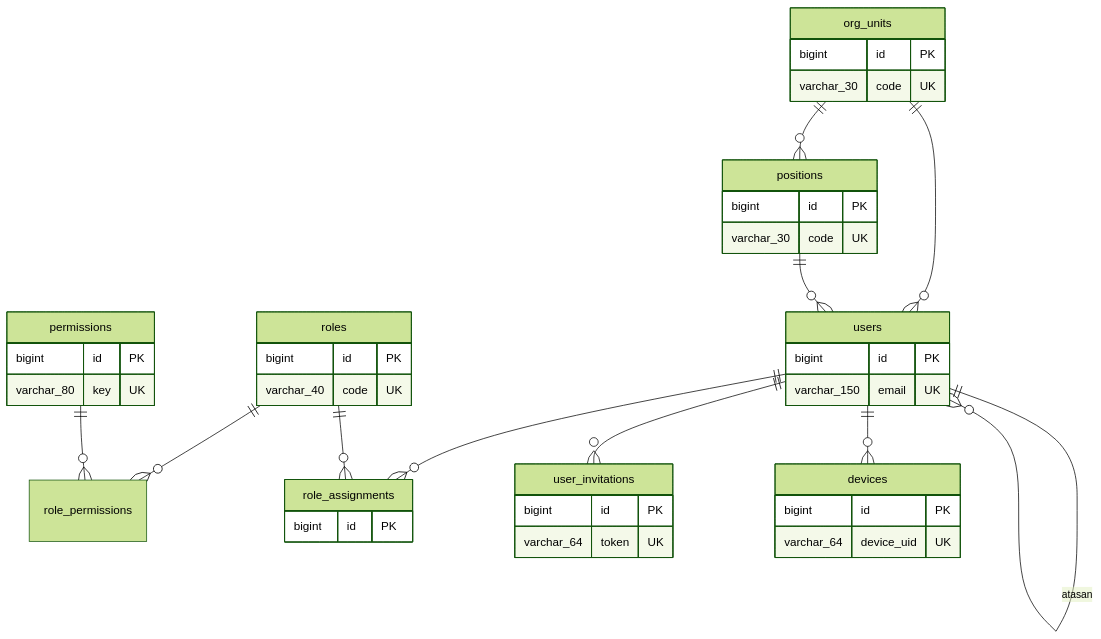
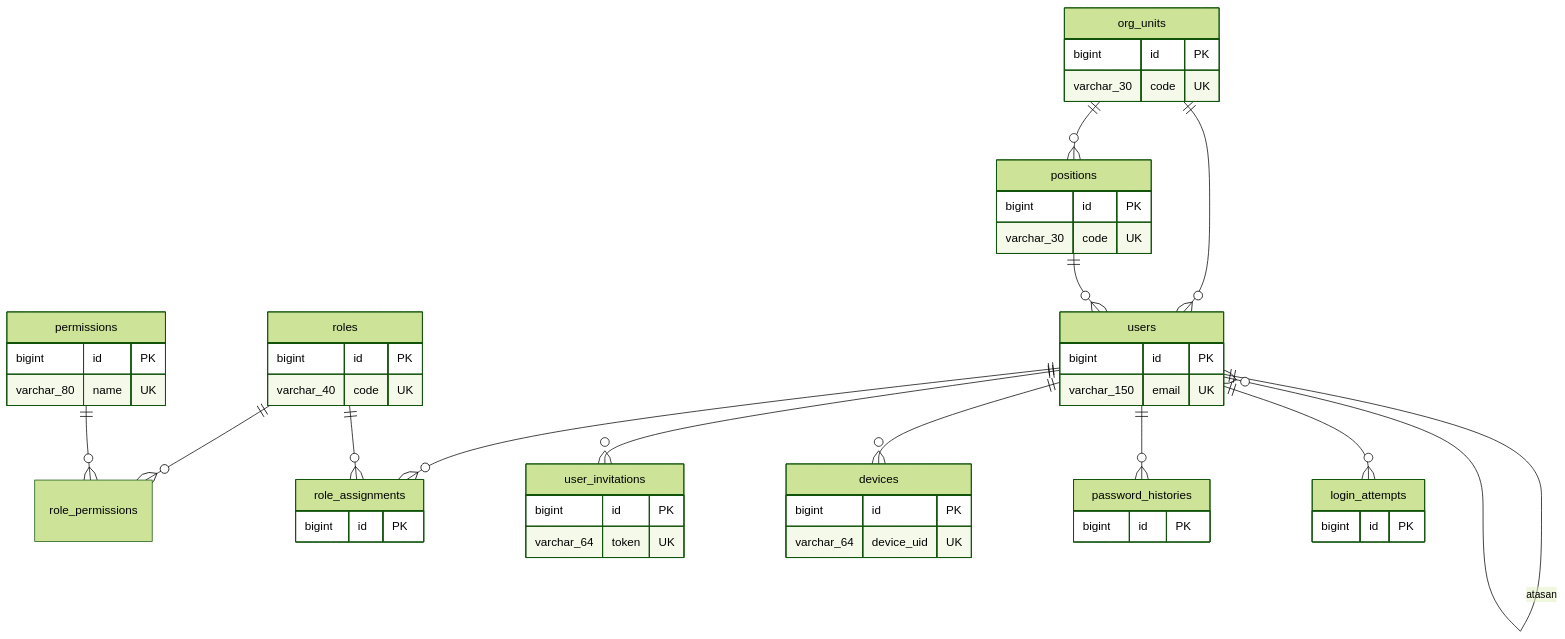
The second of 4 diagrams in docs/wms/08a-model-data-inti.md (HengkyDarmawan/wms), drawn with Mermaid (forest theme) before and after one commit. The commit also changed other lines of this file and 301 other files, not shown here.

````diff
--- a/docs/wms/08a-model-data-inti.md
+++ b/docs/wms/08a-model-data-inti.md
@@ -128,46 +129,54 @@
 ```mermaid
 erDiagram
   users {
     bigint id PK
     varchar_150 email UK
   }
   roles {
     bigint id PK
     varchar_40 code UK
   }
   permissions {
     bigint id PK
-    varchar_80 key UK
+    varchar_80 name UK
   }
   role_permissions {
   }
   role_assignments {
     bigint id PK
   }
   org_units {
     bigint id PK
     varchar_30 code UK
   }
   positions {
     bigint id PK
     varchar_30 code UK
   }
   user_invitations {
     bigint id PK
     varchar_64 token UK
   }
   devices {
     bigint id PK
     varchar_64 device_uid UK
   }
+  password_histories {
+    bigint id PK
+  }
+  login_attempts {
+    bigint id PK
+  }
   users ||--o{ role_assignments : " "
   roles ||--o{ role_assignments : " "
   roles ||--o{ role_permissions : " "
   permissions ||--o{ role_permissions : " "
   org_units ||--o{ positions : " "
   org_units ||--o{ users : " "
   positions ||--o{ users : " "
   users ||--o{ users : "atasan"
   users ||--o{ user_invitations : " "
   users ||--o{ devices : " "
+  users ||--o{ password_histories : " "
+  users ||--o{ login_attempts : " "
 ```
````
